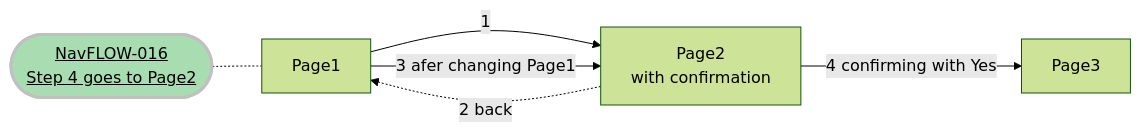
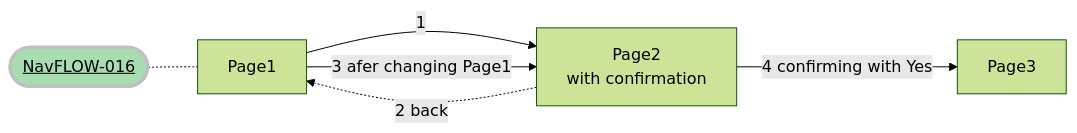
Diagram 16 of 20 in Navigation.md (hmrc/gform-frontend), drawn with Mermaid before and after one commit. The commit also changed other lines of this file, not shown here.

````diff
--- a/Navigation.md
+++ b/Navigation.md
@@ -564,16 +564,16 @@
 ```mermaid
 %%{init: {'theme': 'forest', "flowchart" : { "curve" : "basis" } } }%%
 graph LR;
-    title([<u>NavFLOW-016<br>Step 4 goes to Page2])
+    title([<u>NavFLOW-016</u>])
     Page2["Page2<br>with confirmation"]
     title -.- Page1
     Page1 -->  |1| Page2
     Page2 -.2 back.-> Page1
     Page1 --> |3 afer changing Page1| Page2
     Page2 --> |4 confirming with Yes| Page3
 
     classDef redTitle fill:#c21807 ,stroke:#c0c0c2,stroke-width:3px
     classDef greenTitle fill:#a8ddb1 ,stroke:#c0c0c2,stroke-width:3px
     class title greenTitle
 
 ```
````
